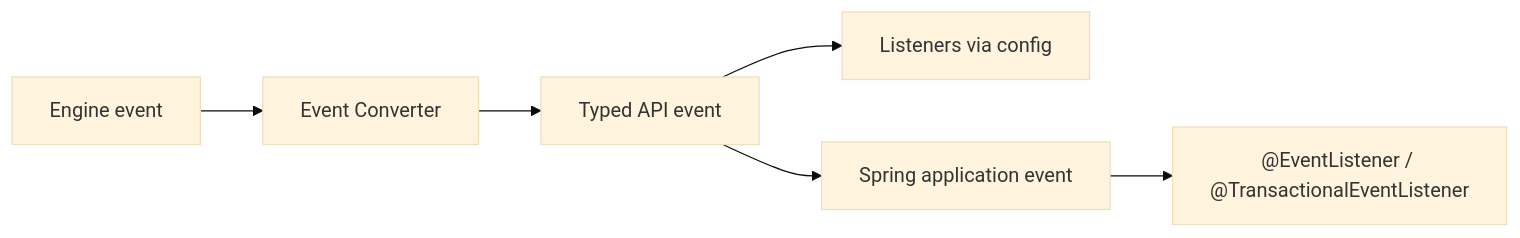
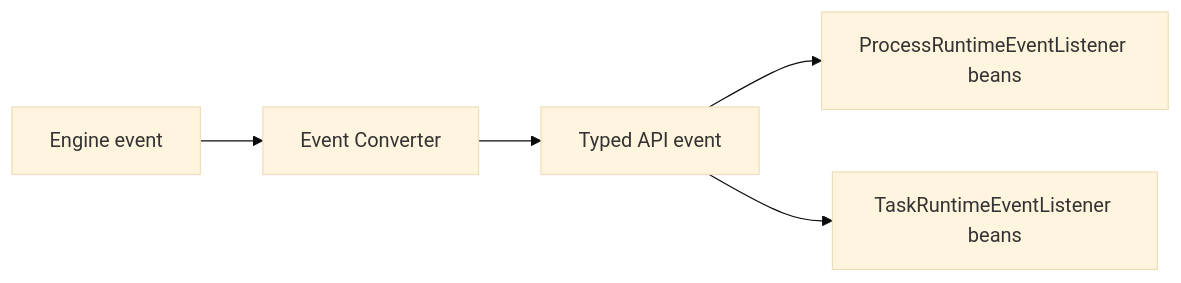
One commit to CaptainGlac1er/activiti-documentation changed the diagram in docs/api-reference/activiti-api/runtime-events.md. Above: the diagram before and after it, drawn with Mermaid (base theme). The commit also changed other lines of this file and 82 other files, not shown here.

````diff
--- a/docs/api-reference/activiti-api/runtime-events.md
+++ b/docs/api-reference/activiti-api/runtime-events.md
@@ -218,8 +216,7 @@
 ```mermaid
 flowchart LR
     A[Engine event] --> B[Event Converter]
     B --> C[Typed API event]
-    C --> D[Listeners via config]
-    C --> E[Spring application event]
-    E --> F["@EventListener / @TransactionalEventListener"]
+    C --> D["ProcessRuntimeEventListener beans"]
+    C --> E["TaskRuntimeEventListener beans"]
 ```
````
